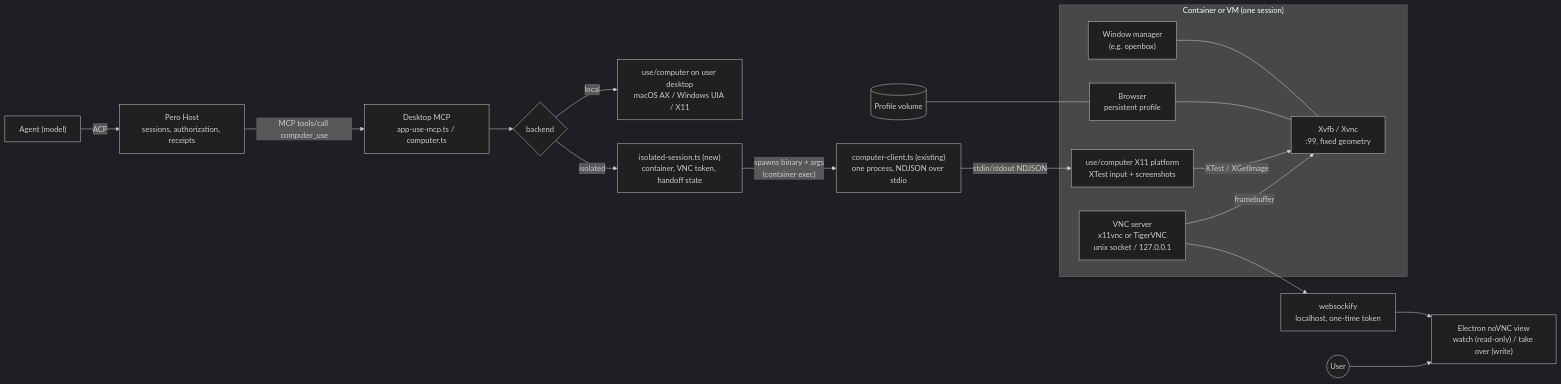
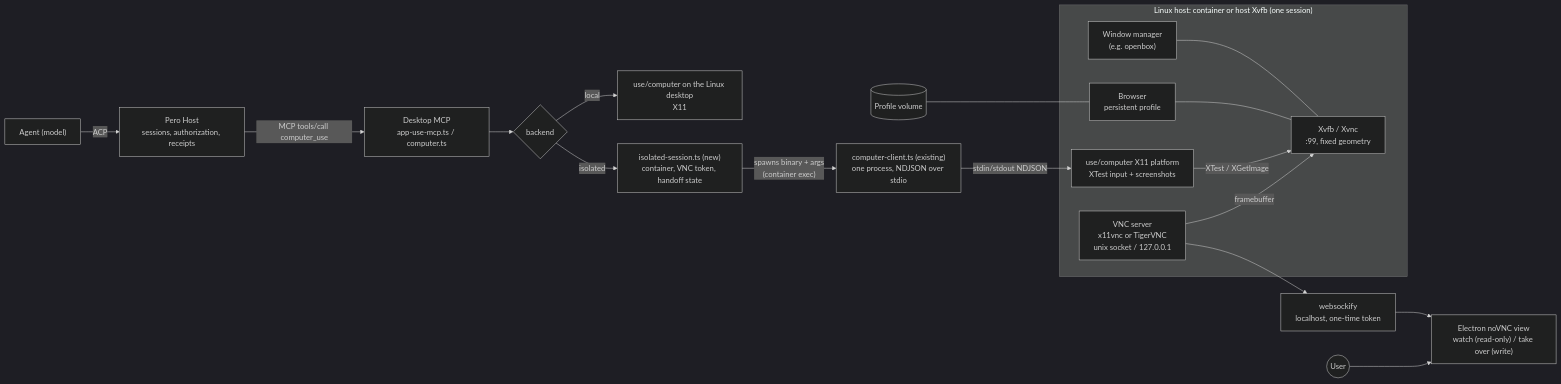
The first of 2 diagrams in docs/adr/0019-computer-use-isolated-desktop.md (phodal/pero), drawn with Mermaid (dark theme) before and after one commit. The commit also changed other lines of this file and 1 other file, not shown here.

Commit message:
docs(adr): narrow 0019 to Linux Desktop hosts, drop input vocabulary

````diff
--- a/docs/adr/0019-computer-use-isolated-desktop.md
+++ b/docs/adr/0019-computer-use-isolated-desktop.md
@@ -37,27 +42,27 @@
 ```mermaid
 flowchart LR
   Agent["Agent (model)"] -->|ACP| Host["Pero Host<br/>sessions, authorization, receipts"]
   Host -->|MCP tools/call computer_use| MCP["Desktop MCP<br/>app-use-mcp.ts / computer.ts"]
   MCP --> Router{"backend"}
-  Router -->|local| Local["use/computer on user desktop<br/>macOS AX / Windows UIA / X11"]
+  Router -->|local| Local["use/computer on the Linux desktop<br/>X11"]
   Router -->|isolated| Session["isolated-session.ts (new)<br/>container, VNC token, handoff state"]
   Session -->|"spawns binary + args<br/>(container exec)"| Client["computer-client.ts (existing)<br/>one process, NDJSON over stdio"]
 
-  subgraph Sandbox["Container or VM (one session)"]
+  subgraph Sandbox["Linux host: container or host Xvfb (one session)"]
     Xvfb["Xvfb / Xvnc<br/>:99, fixed geometry"]
     WM["Window manager<br/>(e.g. openbox)"]
     Browser["Browser<br/>persistent profile"]
     Runtime["use/computer X11 platform<br/>XTest input + screenshots"]
     VNC["VNC server<br/>x11vnc or TigerVNC<br/>unix socket / 127.0.0.1"]
     WM --- Xvfb
     Browser --- Xvfb
     Runtime -->|XTest / XGetImage| Xvfb
     VNC -->|framebuffer| Xvfb
   end
 
   Client -->|stdin/stdout NDJSON| Runtime
   VNC --> WS["websockify<br/>localhost, one-time token"]
   WS --> NoVNC["Electron noVNC view<br/>watch (read-only) / take over (write)"]
   User((User)) --> NoVNC
   Profile[("Profile volume")] --- Browser
 ```
````
